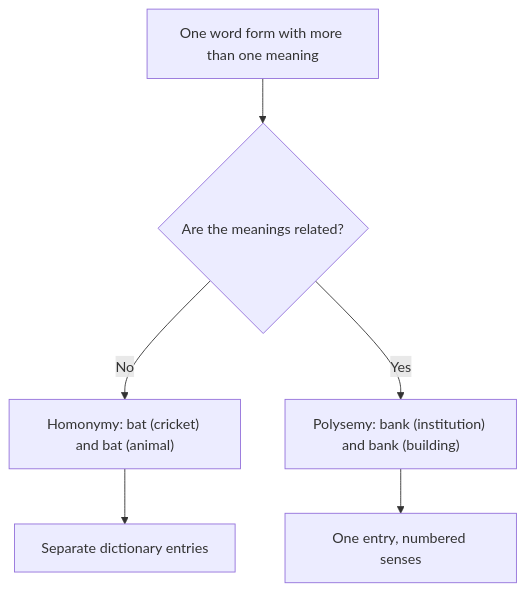
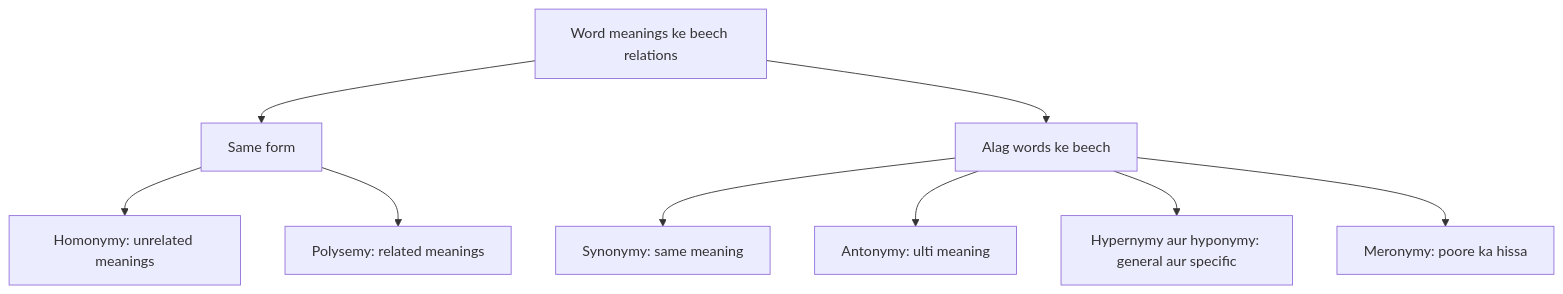
One commit to TrendySloth1001/sem-seven-notes changed the second of 6 diagrams in content/natural-language-processing/notes/lexical-semantics.hi.mdx. Above: the diagram before and after it, drawn with Mermaid. The commit also changed other lines of this file and 406 other files, not shown here.

````diff
--- a/content/natural-language-processing/notes/lexical-semantics.hi.mdx
+++ b/content/natural-language-processing/notes/lexical-semantics.hi.mdx
@@ -159,9 +77,12 @@
 ```mermaid
-%% caption: Same word form, do situations. Agar meanings unrelated hain to homonymy (alag dictionary entries); agar related hain to polysemy (ek entry, kai senses).
+%% caption: Lexical relations. Kuch ek hi form ki meanings ke beech hain; kuch alag words ke beech.
 flowchart TD
-  W["One word form with more than one meaning"] --> Q{"Are the meanings related?"}
-  Q -->|"No"| H["Homonymy: bat (cricket) and bat (animal)"]
-  Q -->|"Yes"| P["Polysemy: bank (institution) and bank (building)"]
-  H --> HD["Separate dictionary entries"]
-  P --> PD["One entry, numbered senses"]
+  A["Word meanings ke beech relations"] --> B["Same form"]
+  A --> C["Alag words ke beech"]
+  B --> B1["Homonymy: unrelated meanings"]
+  B --> B2["Polysemy: related meanings"]
+  C --> C1["Synonymy: same meaning"]
+  C --> C2["Antonymy: ulti meaning"]
+  C --> C3["Hypernymy aur hyponymy: general aur specific"]
+  C --> C4["Meronymy: poore ka hissa"]
 ```
````
